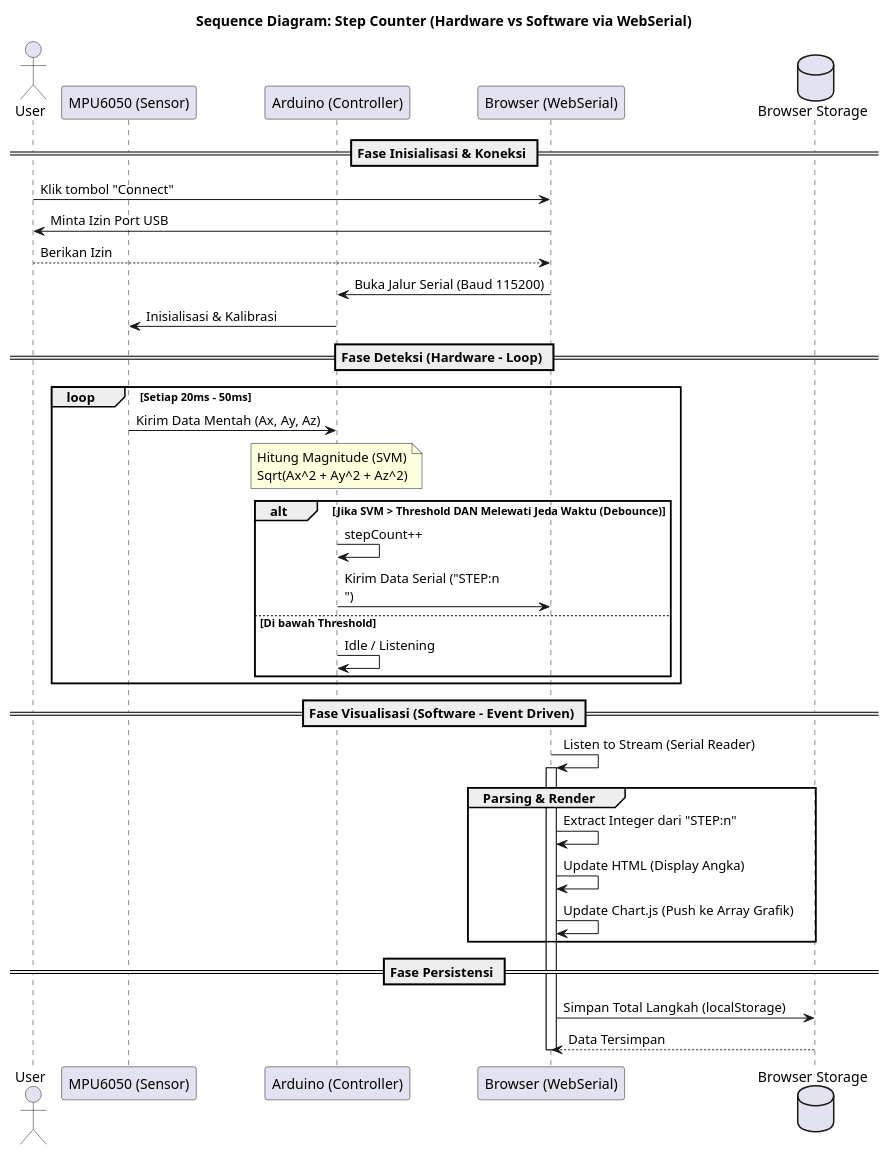
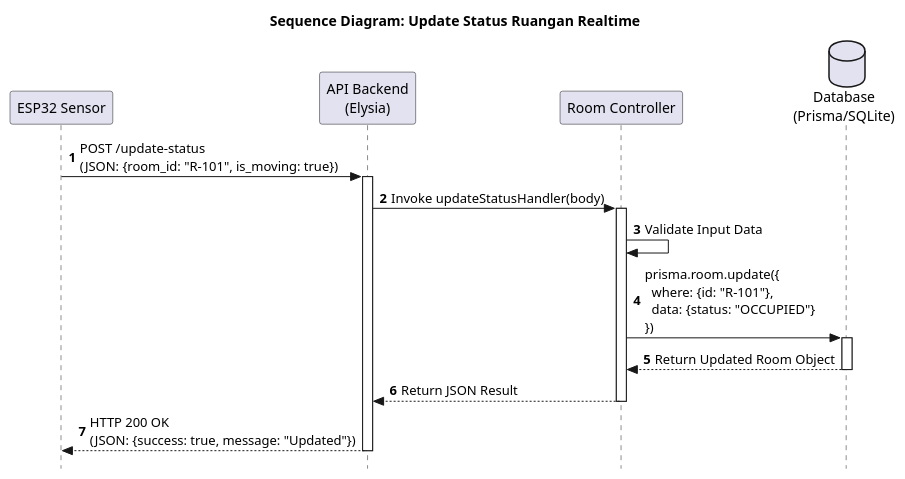
The diagram in diagram/sequence_diagram.puml (E-PPAW-TI503P-2025/PROJECT_KEL1_BODYSENSOR), drawn with PlantUML before and after one commit.

Commit message:
update sequence diagram

```diff
--- a/diagram/sequence_diagram.puml
+++ b/diagram/sequence_diagram.puml
@@ -1,43 +1,44 @@
 @startuml
-title Sequence Diagram: Step Counter (Hardware vs Software via WebSerial)
+title Sequence Diagram: Update Status Ruangan Realtime
 
-actor User
-participant "MPU6050 (Sensor)" as Sensor
-participant "Arduino (Controller)" as Arduino
-participant "Browser (WebSerial)" as Web
-database "Browser Storage" as Local
+' Pengaturan Tampilan
+skinparam responseMessageBelowArrow true
+skinparam style strictuml
+autonumber
 
-== Fase Inisialisasi & Koneksi ==
-User -> Web: Klik tombol "Connect"
-Web -> User: Minta Izin Port USB
-User --> Web: Berikan Izin
-Web -> Arduino: Buka Jalur Serial (Baud 115200)
-Arduino -> Sensor: Inisialisasi & Kalibrasi
+' Definisi Lifeline (Objek yang berinteraksi)
+participant "ESP32 Sensor" as ESP32
+participant "API Backend\n(Elysia)" as API
+participant "Room Controller" as Ctrl
+database "Database\n(Prisma/SQLite)" as DB
 
-== Fase Deteksi (Hardware - Loop) ==
-loop Setiap 20ms - 50ms
-    Sensor -> Arduino: Kirim Data Mentah (Ax, Ay, Az)
-    note over Arduino: Hitung Magnitude (SVM)\nSqrt(Ax^2 + Ay^2 + Az^2)
-    
-    alt Jika SVM > Threshold DAN Melewati Jeda Waktu (Debounce)
-        Arduino -> Arduino: stepCount++
-        Arduino -> Web: Kirim Data Serial ("STEP:n\n")
-    else Di bawah Threshold
-        Arduino -> Arduino: Idle / Listening
-    end
-end
+' == Mulai Proses Update ==
 
-== Fase Visualisasi (Software - Event Driven) ==
-Web -> Web: Listen to Stream (Serial Reader)
-activate Web
-group Parsing & Render
-    Web -> Web: Extract Integer dari "STEP:n"
-    Web -> Web: Update HTML (Display Angka)
-    Web -> Web: Update Chart.js (Push ke Array Grafik)
-end
+' 1. ESP32 mengirim data
+ESP32 -> API: POST /update-status\n(JSON: {room_id: "R-101", is_moving: true})
+activate API
 
-== Fase Persistensi ==
-Web -> Local: Simpan Total Langkah (localStorage)
-Local --> Web: Data Tersimpan
-deactivate Web
+' 2. API (Elysia) meneruskan ke Controller yang tepat
+API -> Ctrl: Invoke updateStatusHandler(body)
+activate Ctrl
+
+' 3. Controller melakukan validasi dan logika bisnis
+Ctrl -> Ctrl: Validate Input Data
+
+' 4. Controller meminta Database untuk update data
+Ctrl -> DB: prisma.room.update({ \n  where: {id: "R-101"}, \n  data: {status: "OCCUPIED"} \n})
+activate DB
+
+' 5. Database mengembalikan hasil
+DB --> Ctrl: Return Updated Room Object
+deactivate DB
+
+' 6. Controller mengembalikan respon ke API framework
+Ctrl --> API: Return JSON Result
+deactivate Ctrl
+
+' 7. API mengirim respon HTTP balik ke ESP32
+API --> ESP32: HTTP 200 OK\n(JSON: {success: true, message: "Updated"})
+deactivate API
+
 @enduml
```
